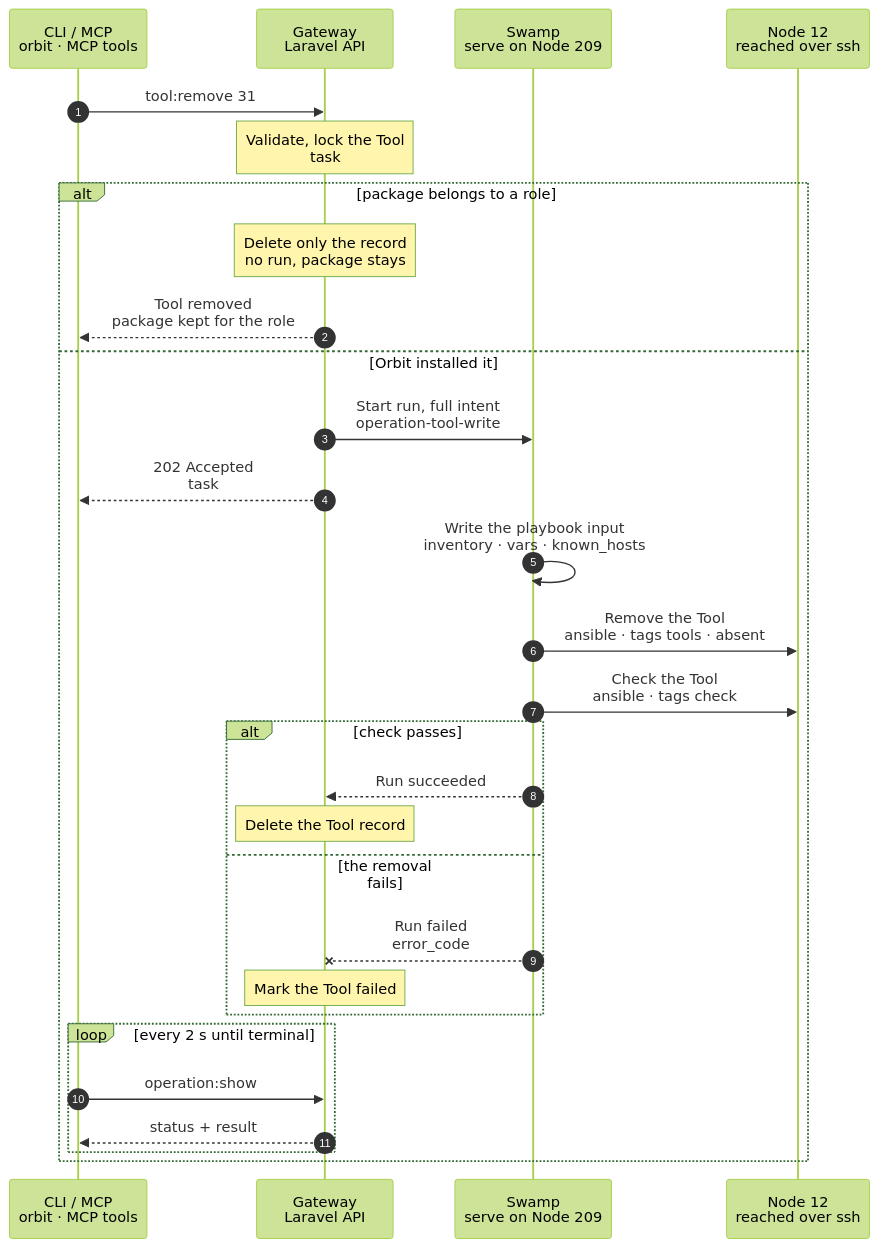
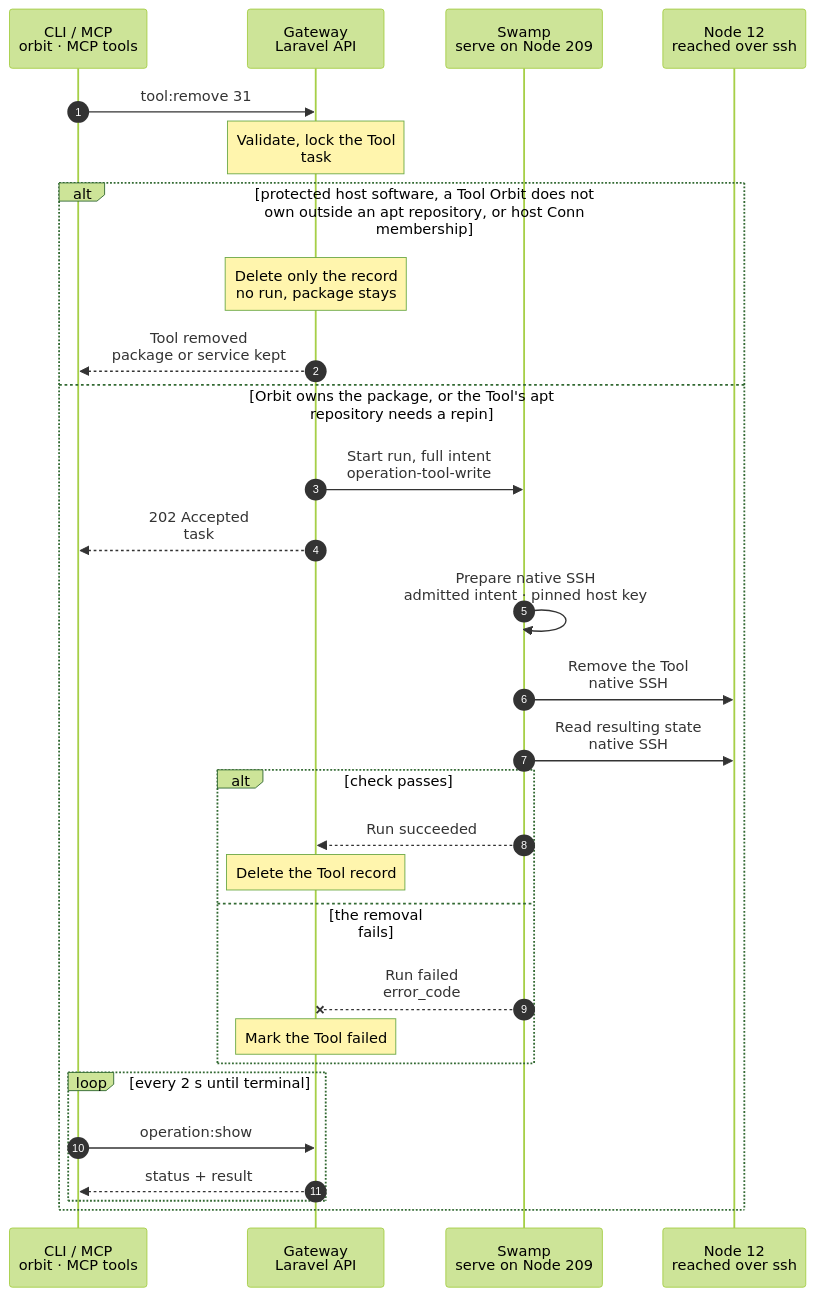
Before and after one commit to hardimpactdev/orbit: the diagram in docs/cli/tool/remove.mmd, drawn with Mermaid (forest theme). The commit also changed 288 other files, not shown here.

First line of the commit message:
Manage core and optional tools through the Gateway, with explicit apt repositories (#4239)

```diff
--- a/docs/cli/tool/remove.mmd
+++ b/docs/cli/tool/remove.mmd
@@ -1,47 +1,54 @@
 sequenceDiagram
-  %% Target design: fleet maintenance redesign 2026-11-03 (one Tools phase shared with node:converge). DECISIONS R1 (record-only change starts no run). docs/reference/tools.md#remove-a-tool.
+  %% docs/reference/tools.md#remove-a-tool. R1: a record-only change starts no run.
   %% status: draft
   %% command: tool:remove
   %% kind: tool.remove
   autonumber
   %% lane CLI icon=terminal pill=caller tone=gray
   %% lane GW icon=gateway pill=intent tone=blue
   %% lane SW icon=workflow pill=executes tone=green
   %% lane N icon=server pill=target tone=amber
   participant CLI as CLI / MCP<br/>orbit · MCP tools
   participant GW as Gateway<br/>Laravel API
   participant SW as Swamp<br/>serve on Node 209
   participant N as Node 12<br/>reached over ssh
   CLI->>GW: tool:remove 31
   %%> Command:
   %%> - `orbit tool:remove 31 --yes`
   %%> - syntax: `<tool> [--yes] [--idempotency-key=KEY] [--json]`
   Note over GW: Validate, lock the Tool<br/>task #5135 · ripgrep on Node 12
-  alt package belongs to a role
+  alt protected host software, a Tool Orbit does not own outside an apt repository, or host Conn membership
     Note over GW: Delete only the record<br/>no run, package stays
     %%> Why:
     %%> - the recipe owns the package; removing it would break the role
-    GW-->>CLI: Tool removed<br/>package kept for the role
-  else Orbit installed it
+    %%> - a Tool owns its package only when Orbit recorded it: a successful install, an adoption or a convergence that installed it; no failure, retry, cleanup or sibling changes that
+    %%> - withdrawing a host Conn membership leaves the service running and excludes it from future release rollouts
+    GW-->>CLI: Tool removed<br/>package or service kept
+  else Orbit owns the package, or the Tool's apt repository needs a repin
     GW->>SW: Start run, full intent<br/>operation-tool-write
     GW-->>CLI: 202 Accepted<br/>task #5135
-    SW->>SW: Write the playbook input<br/>inventory · vars · known_hosts
-    SW->>N: Remove the Tool<br/>ansible · tags tools · absent
-    %%> Why the converge phase:
-    %%> - the same phase with this Tool marked absent; it removes the apt source too when no other Tool uses it
+    SW->>SW: Prepare native SSH<br/>admitted intent · pinned host key
+    SW->>N: Remove the Tool<br/>native SSH
+    %%> Scope:
+    %%> - repin the owned remaining packages of the Tool's apt repository; the repository stays, even after its last Tool
+    %%> - `package_owned: false` skips every package read and plan, keeps the package and only repins
     %%> - a removal that would also remove a held recipe package is refused
-    SW->>N: Check the Tool<br/>ansible · tags check
+    SW->>N: Read resulting state<br/>native SSH
     alt check passes
       SW-->>GW: Run succeeded
       Note over GW: Delete the Tool record
     else the removal fails
       SW--xGW: Run failed<br/>error_code
       Note over GW: Mark the Tool failed
       %%> Retry:
+      %%> - a failed repin keeps the Tool failed with `tool.repository_failed`
       %%> - run the same command again after a fix
+      %%> - a timed-out removal, its start reply lost included, keeps no uninstall authority until its receipt or Swamp shows the package was never reached
+      %%> - until Swamp answers whether an unbound timed-out start became a run, the retry refuses with `tool.removal_unsettled`
+      %%> - a package step that ran, a nonzero exit included, ends uninstall authority unless the check after it finds the package still present, whatever its version
     end
     loop every 2 s until terminal
       CLI->>GW: operation:show #5135
       GW-->>CLI: status + result
     end
   end
```
